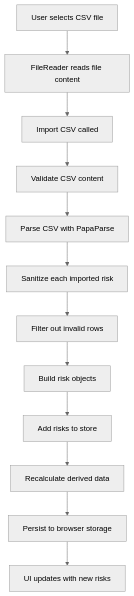
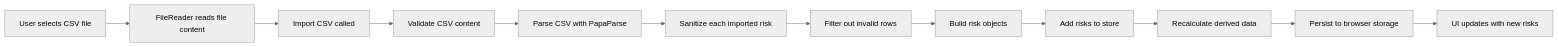
One commit to astraut-solutions/easy-risk-register changed diagram 12 of 12 in docs/architecture/architecture-diagrams.md. Above: the diagram before and after it, drawn with Mermaid (neutral theme). The commit also changed other lines of this file, not shown here.

Commit message:
Update architecture diagrams: Standardize flowchart directions to LR for better readability

````diff
--- a/docs/architecture/architecture-diagrams.md
+++ b/docs/architecture/architecture-diagrams.md
@@ -910,14 +910,14 @@
 ```mermaid
-flowchart TD
+flowchart LR
   A[User selects CSV file] --> B[FileReader reads file content]
   B --> C[Import CSV called]
   C --> D[Validate CSV content]
   D --> E[Parse CSV with PapaParse]
   E --> F[Sanitize each imported risk]
   F --> G[Filter out invalid rows]
   G --> H[Build risk objects]
   H --> I[Add risks to store]
   I --> J[Recalculate derived data]
   J --> K[Persist to browser storage]
   K --> L[UI updates with new risks]
 ```
````
